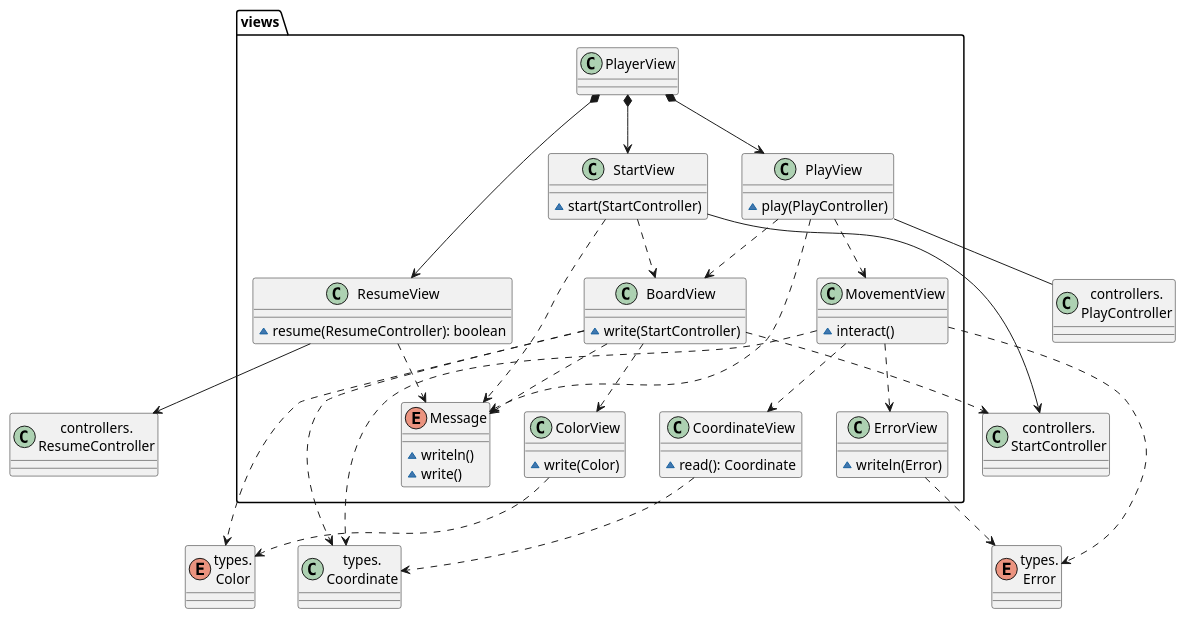
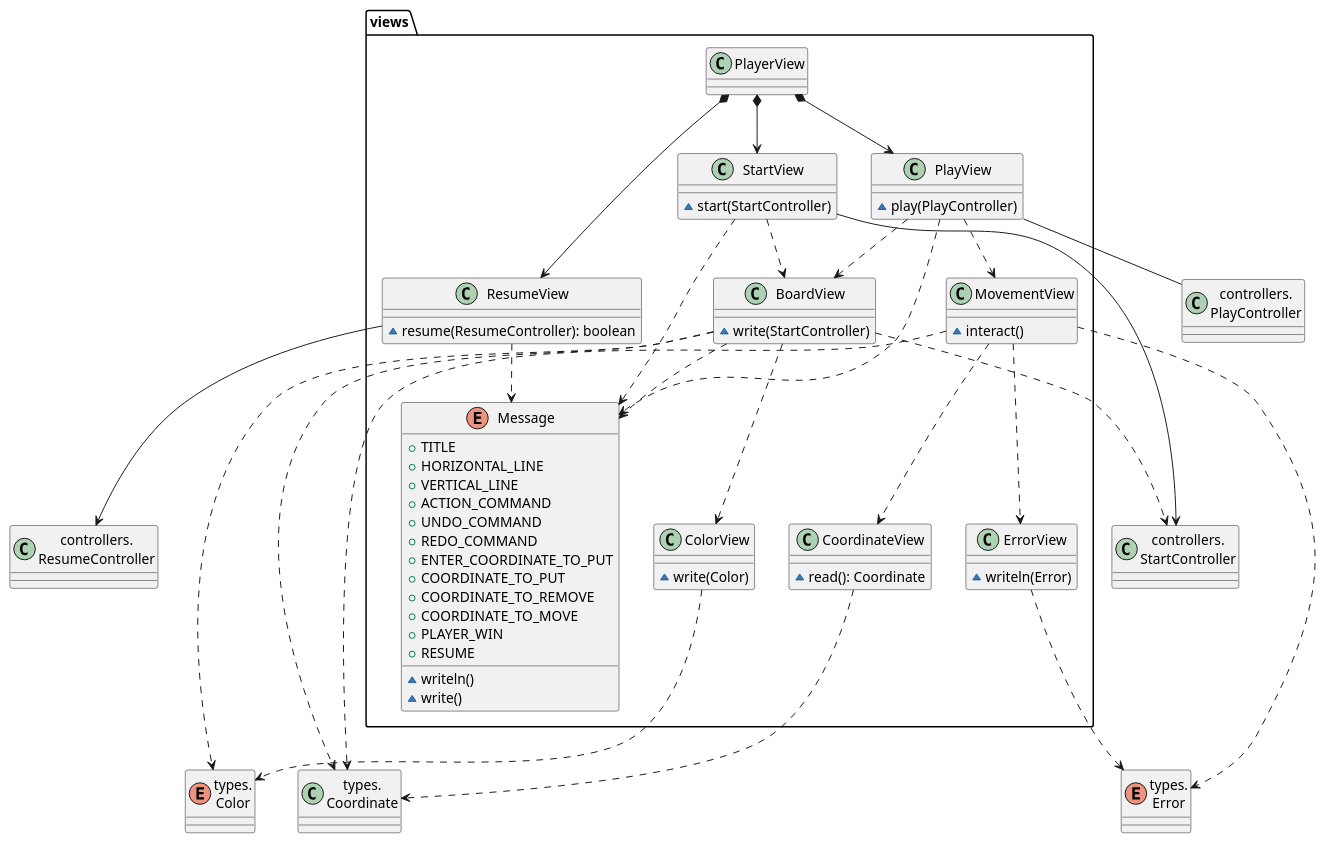
One commit to EscuelaIt/tictactoe-master-desarrollo-requirements changed the sixth of 9 diagrams in 2.Básica/docs/diagrams/src/analisis.plantuml. Above: the diagram before and after it, drawn with PlantUML. The commit also changed other lines of this file and 15 other files, not shown here.

```diff
--- a/2.Básica/docs/diagrams/src/analisis.plantuml
+++ b/2.Básica/docs/diagrams/src/analisis.plantuml
@@ -500,74 +512,86 @@
 @startuml packageViews
 class Coordinate as "types.\nCoordinate"
 enum Error as "types.\nError"
 enum Color as "types.\nColor"
 class StartController as "controllers.\nStartController"
 class PlayController as "controllers.\nPlayController"
 class ResumeController as "controllers.\nResumeController"
 
 class  views.BoardView{
     ~ write(StartController)
 }
 
 class  views.ErrorView{
     ~ writeln(Error)
 }
 
 class  views.PlayView{
     ~ play(PlayController)
 }
 
 class  views.ResumeView{
     ~ resume(ResumeController): boolean
 }
 
 class views.StartView{
     ~ start(StartController)
 }
 
 class  views.MovementView{
     ~ interact()
 }
 
 class  views.ColorView{
     ~ write(Color)
 }
 
 enum  views.Message{
+    +TITLE
+    +HORIZONTAL_LINE
+    +VERTICAL_LINE
+    +ACTION_COMMAND
+    +UNDO_COMMAND
+    +REDO_COMMAND
+    +ENTER_COORDINATE_TO_PUT
+    +COORDINATE_TO_PUT
+    +COORDINATE_TO_REMOVE
+    +COORDINATE_TO_MOVE
+    +PLAYER_WIN
+    +RESUME
     ~ writeln()
     ~ write()
 }
 
 class  views.PlayerView{
     
 }
 
 class  views.CoordinateView{
     ~ read(): Coordinate
 }
 
 views.PlayerView *-down-> views.StartView
 views.PlayerView *-down-> views.PlayView
 views.PlayerView *-down-> views.ResumeView
 views.StartView ..> views.Message
 views.StartView ..> views.BoardView
 views.StartView -down-> StartController
 views.BoardView ..> views.ColorView
 views.BoardView ..> views.Message
 views.PlayView ..> views.Message
 views.PlayView ..> views.BoardView
 views.PlayView ..> views.MovementView
 views.MovementView ..> views.ErrorView
 views.ResumeView ..> views.Message
 views.ResumeView -down-> ResumeController
 views.BoardView .down.> Coordinate
 views.MovementView .down.> Coordinate
 views.BoardView .down.> StartController
 views.BoardView .down.> Color
 views.MovementView .down.> Error
 views.ErrorView .down.> Error
 views.PlayView -down- PlayController
 views.ColorView .down.> Color
 views.CoordinateView .down.> Coordinate
 views.MovementView ..> views.CoordinateView
 @enduml
```
